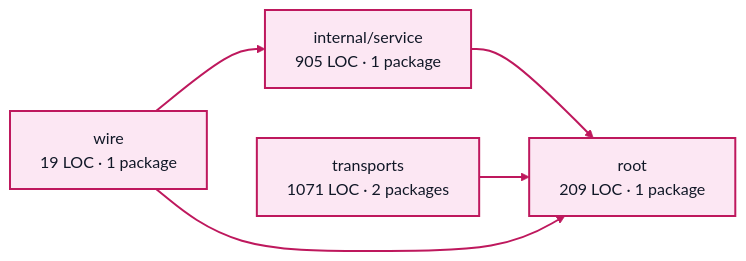
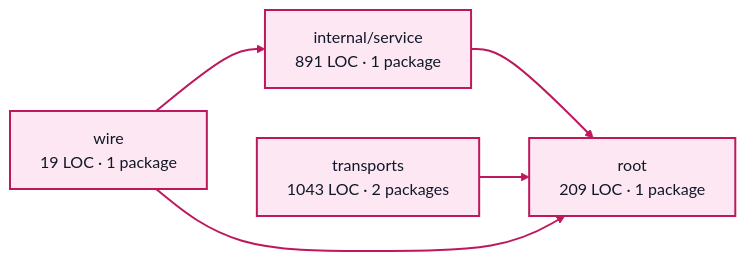
Before and after one commit to portpowered/you-agent-factory: the diagram in docs/architecture/visualizations/services/costs.md, drawn with Mermaid (forest theme). The commit also changed other lines of this file and 20 other files, not shown here.

Commit message:
docs: refresh backend architecture visualizations

````diff
--- a/docs/architecture/visualizations/services/costs.md
+++ b/docs/architecture/visualizations/services/costs.md
@@ -11,16 +11,16 @@
 ```mermaid
 flowchart LR
-  p0["internal/service<br/>905 LOC · 1 package"]
+  p0["internal/service<br/>891 LOC · 1 package"]
   p1["root<br/>209 LOC · 1 package"]
-  p2["transports<br/>1071 LOC · 2 packages"]
+  p2["transports<br/>1043 LOC · 2 packages"]
   p3["wire<br/>19 LOC · 1 package"]
   p0 --> p1
   p2 --> p1
   p3 --> p0
   p3 --> p1
   style p0 fill:#fce7f3,stroke:#be185d,stroke-width:2px,color:#111827
   style p1 fill:#fce7f3,stroke:#be185d,stroke-width:2px,color:#111827
   style p2 fill:#fce7f3,stroke:#be185d,stroke-width:2px,color:#111827
   style p3 fill:#fce7f3,stroke:#be185d,stroke-width:2px,color:#111827
   linkStyle default stroke:#be185d,stroke-width:2px
 ```
````
